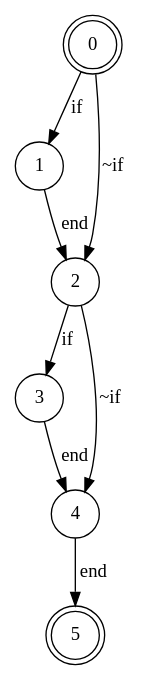
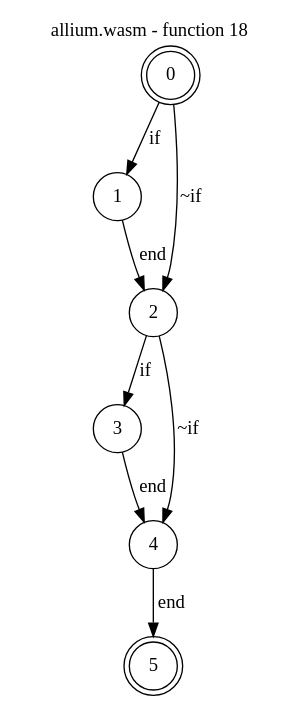
The diagram in test_cases/allium/funcs/allium-func18.dot (jsCarleton/wanalyze), drawn with Graphviz before and after one commit. The commit also changed 2386 other files, not shown here.

```diff
--- a/test_cases/allium/funcs/allium-func18.dot
+++ b/test_cases/allium/funcs/allium-func18.dot
@@ -1,11 +1,16 @@
 digraph finite_state_machine {
+    label = "allium.wasm - function 18"
+    labelloc =  t
+    labelfontsize = 16
+    labelfontcolor = black
+    labelfontname = "Helvetica"
     node [shape = doublecircle]; 0 5;
     node [shape = circle];
     0 -> 1[label = "if"];
     0 -> 2[label = "~if"];
     1 -> 2[label = "end"];
     2 -> 3[label = "if"];
     2 -> 4[label = "~if"];
     3 -> 4[label = "end"];
     4 -> 5[label = "end"];
 }
```
